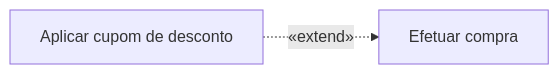
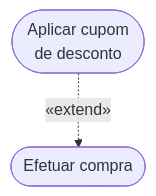
One commit to leorruas/puc changed the eighth of 11 diagrams in 07. Engenharia de Requisitos/08. Modelagem de requisitos com casos de uso e especificações textuais.md. Above: the diagram before and after it, drawn with Mermaid. The commit also changed other lines of this file, not shown here.

Commit message:
style: alinha diagramas mermaid da aula de casos de uso com regras verticais

````diff
--- a/07. Engenharia de Requisitos/08. Modelagem de requisitos com casos de uso e especificações textuais.md
+++ b/07. Engenharia de Requisitos/08. Modelagem de requisitos com casos de uso e especificações textuais.md
@@ -195,4 +193,4 @@
 ```mermaid
-flowchart LR
-    Cupom["Aplicar cupom de desconto"] -.->|«extend»| Compra["Efetuar compra"]
+flowchart TD
+    Cupom(["Aplicar cupom<br>de desconto"]) -.->|"«extend»"| Compra(["Efetuar compra"])
 ```
````
